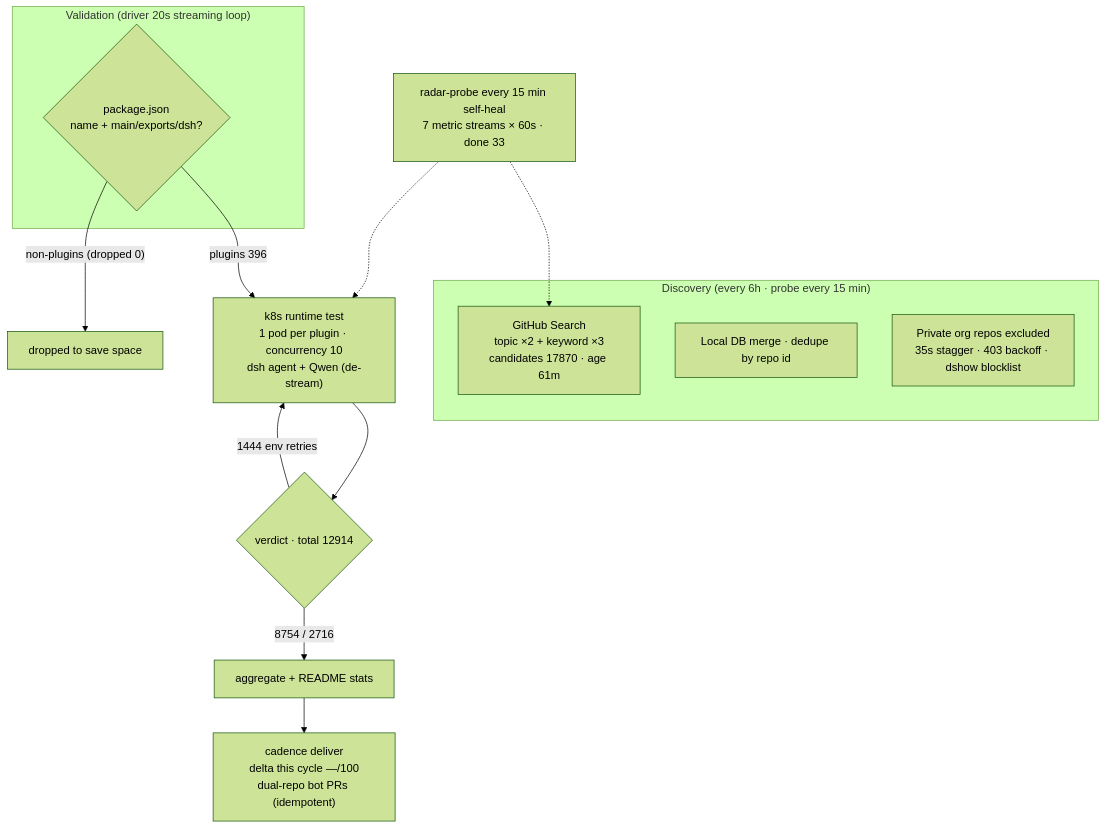
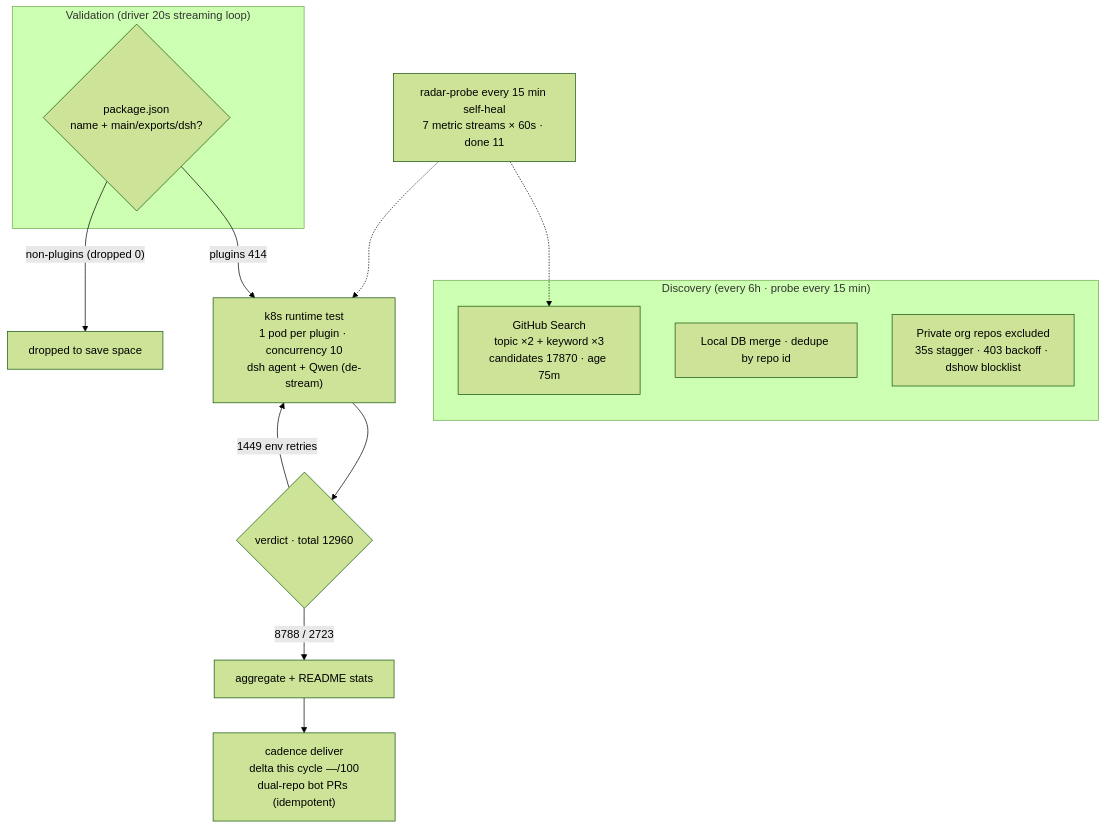
The diagram in README.en-US.md (AdamPlatin123/awesome-dsh-plugins), drawn with Mermaid (forest theme) before and after one commit. The commit also changed other lines of this file and 5 other files, not shown here.

````diff
--- a/README.en-US.md
+++ b/README.en-US.md
@@ -45,20 +45,20 @@
 ```mermaid
 flowchart TB
     subgraph Discovery["Discovery (every 6h · probe every 15 min)"]
-        A1["GitHub Search<br/>topic ×2 + keyword ×3<br/>candidates 17870 · age 61m"]
+        A1["GitHub Search<br/>topic ×2 + keyword ×3<br/>candidates 17870 · age 75m"]
         A2["Local DB merge · dedupe by repo id"]
         A3["Private org repos excluded<br/>35s stagger · 403 backoff · dshow blocklist"]
     end
     subgraph Validation["Validation (driver 20s streaming loop)"]
         B1{"package.json<br/>name + main/exports/dsh?"}
     end
-    B1 -->|"plugins 396"| C1["k8s runtime test<br/>1 pod per plugin · concurrency 10<br/>dsh agent + Qwen (de-stream)"]
+    B1 -->|"plugins 414"| C1["k8s runtime test<br/>1 pod per plugin · concurrency 10<br/>dsh agent + Qwen (de-stream)"]
     B1 -->|"non-plugins (dropped 0)"| B3["dropped to save space"]
-    C1 --> D1{"verdict · total 12914"}
-    D1 -->|"8754 / 2716"| E1["aggregate + README stats"]
-    D1 -->|"1444 env retries"| C1
+    C1 --> D1{"verdict · total 12960"}
+    D1 -->|"8788 / 2723"| E1["aggregate + README stats"]
+    D1 -->|"1449 env retries"| C1
     E1 --> E2["cadence deliver<br/>delta this cycle —/100<br/>dual-repo bot PRs (idempotent)"]
-    M["radar-probe every 15 min self-heal<br/>7 metric streams × 60s · done 33"]
+    M["radar-probe every 15 min self-heal<br/>7 metric streams × 60s · done 11"]
     M -.-> A1
     M -.-> C1
 ```
````
